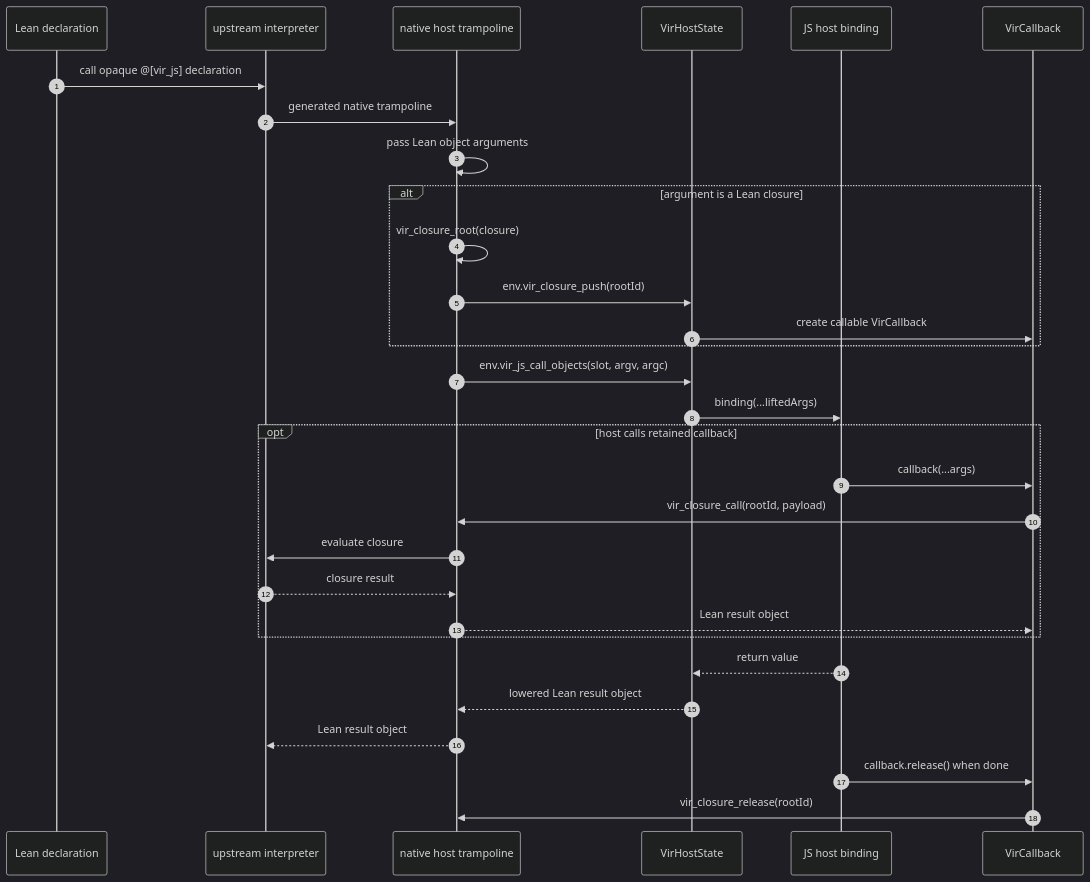
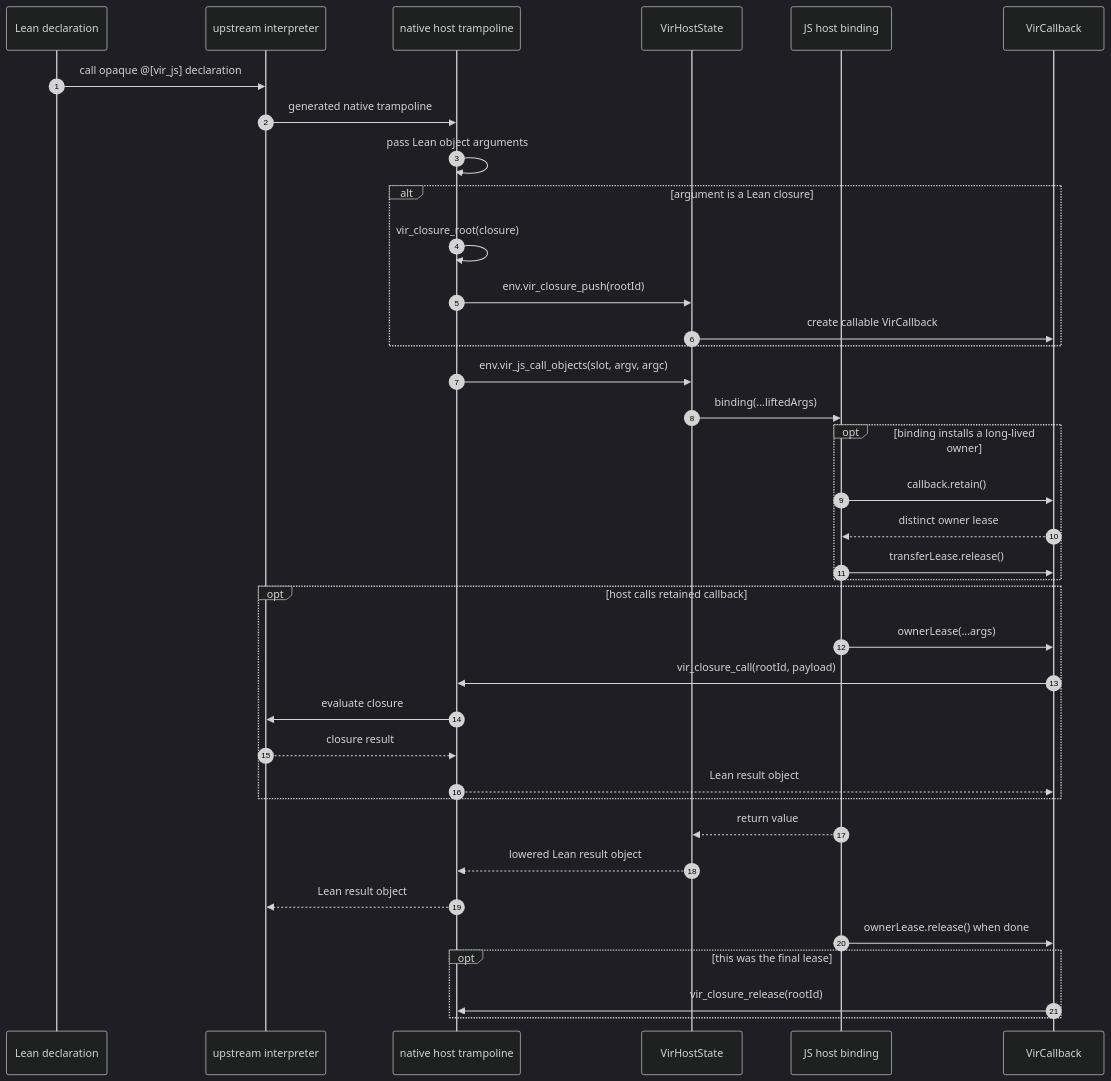
The second of 5 diagrams in docs/DEVELOPER_GUIDE.md (ejgallego/lean-vir), drawn with Mermaid (dark theme) before and after one commit. The commit also changed other lines of this file and 51 other files, not shown here.

````diff
--- a/docs/DEVELOPER_GUIDE.md
+++ b/docs/DEVELOPER_GUIDE.md
@@ -110,33 +110,40 @@
 ```mermaid
 sequenceDiagram
     autonumber
     participant Lean as Lean declaration
     participant IR as upstream interpreter
     participant Shim as native host trampoline
     participant Host as VirHostState
     participant JS as JS host binding
     participant Callback as VirCallback
 
     Lean->>IR: call opaque @[vir_js] declaration
     IR->>Shim: generated native trampoline
     Shim->>Shim: pass Lean object arguments
     alt argument is a Lean closure
         Shim->>Shim: vir_closure_root(closure)
         Shim->>Host: env.vir_closure_push(rootId)
         Host->>Callback: create callable VirCallback
     end
     Shim->>Host: env.vir_js_call_objects(slot, argv, argc)
     Host->>JS: binding(...liftedArgs)
+    opt binding installs a long-lived owner
+        JS->>Callback: callback.retain()
+        Callback-->>JS: distinct owner lease
+        JS->>Callback: transferLease.release()
+    end
     opt host calls retained callback
-        JS->>Callback: callback(...args)
+        JS->>Callback: ownerLease(...args)
         Callback->>Shim: vir_closure_call(rootId, payload)
         Shim->>IR: evaluate closure
         IR-->>Shim: closure result
         Shim-->>Callback: Lean result object
     end
     JS-->>Host: return value
     Host-->>Shim: lowered Lean result object
     Shim-->>IR: Lean result object
-    JS->>Callback: callback.release() when done
-    Callback->>Shim: vir_closure_release(rootId)
+    JS->>Callback: ownerLease.release() when done
+    opt this was the final lease
+        Callback->>Shim: vir_closure_release(rootId)
+    end
 ```
````
